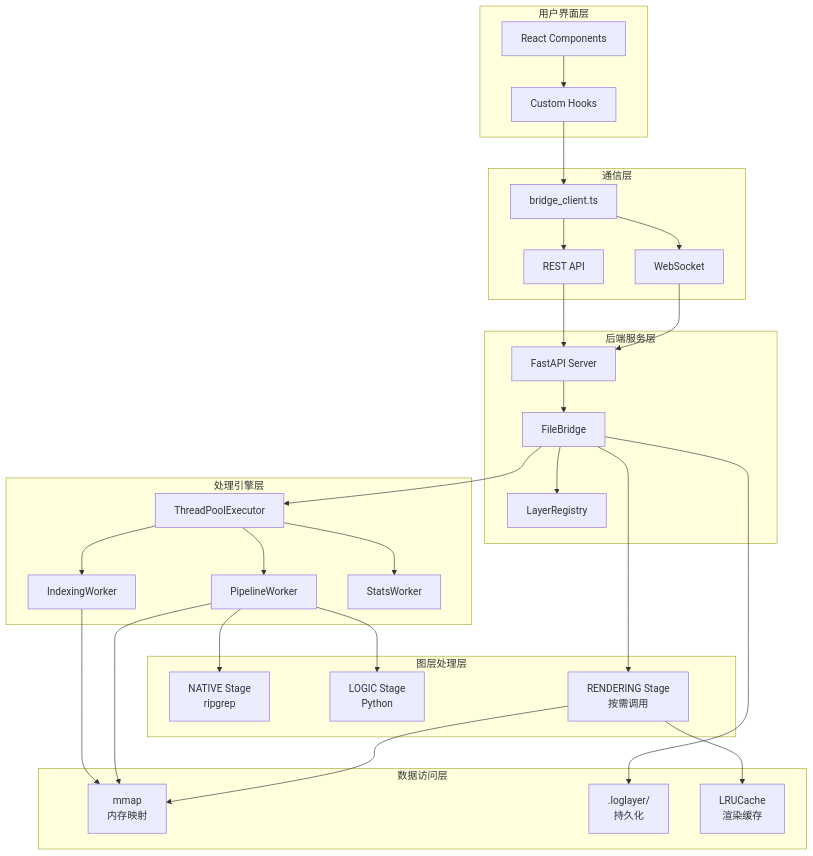
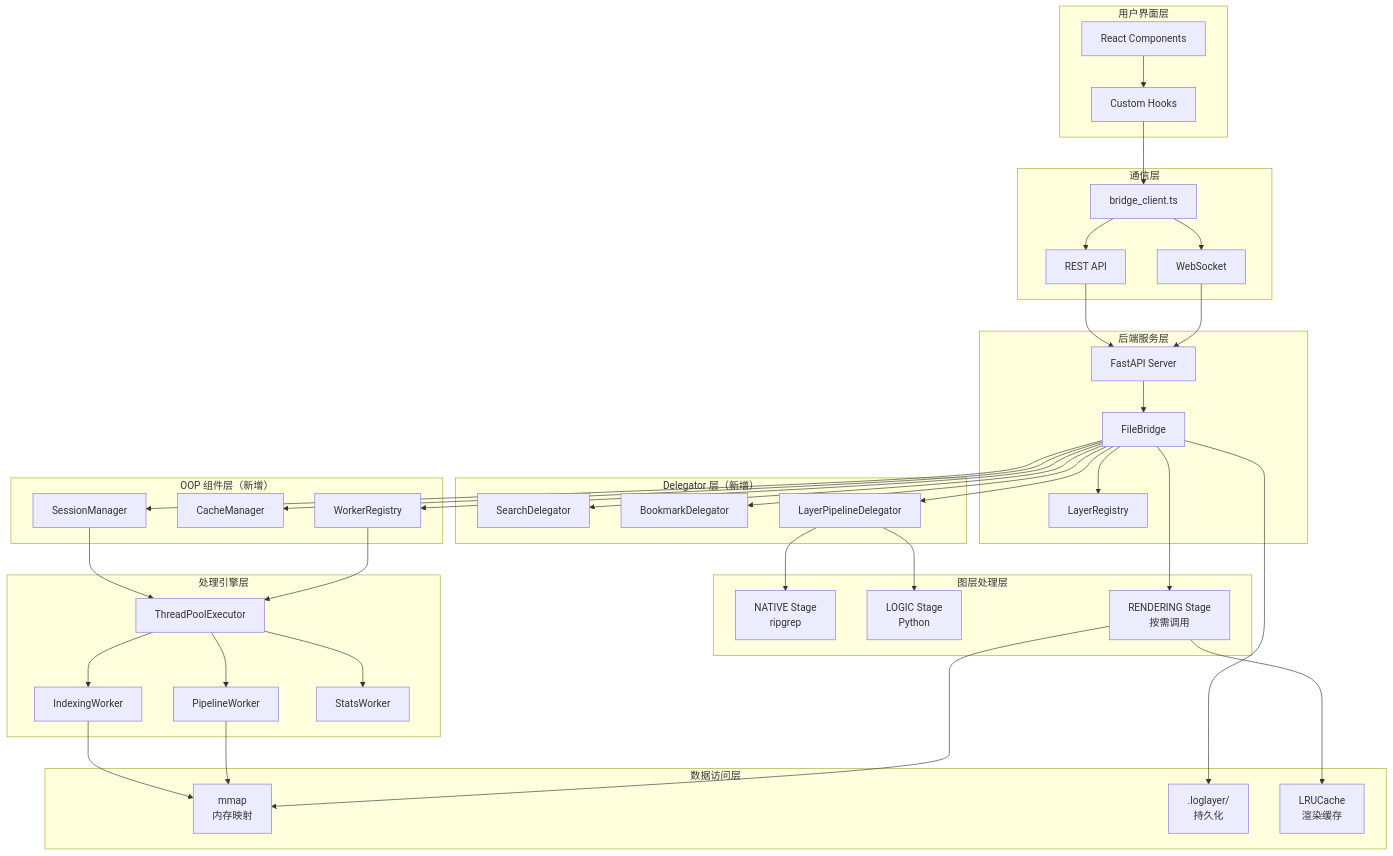
One commit to qmjianda/loglayer changed diagram 25 of 25 in megatron_mermaid.md. Above: the diagram before and after it, drawn with Mermaid. The commit also changed other lines of this file, not shown here.

First line of the commit message:
docs: update architecture diagram for OOP refactoring

```diff
--- a/megatron_mermaid.md
+++ b/megatron_mermaid.md
@@ -1212,6 +1309,18 @@
         FASTAPI[FastAPI Server]
         FILEBRIDGE[FileBridge]
         REGISTRY[LayerRegistry]
+    end
+    
+    subgraph "OOP 组件层（新增）"
+        SESSION_MGR[SessionManager]
+        CACHE_MGR[CacheManager]
+        WORKER_REG[WorkerRegistry]
+    end
+    
+    subgraph "Delegator 层（新增）"
+        SEARCH_DEL[SearchDelegator]
+        BOOKMARK_DEL[BookmarkDelegator]
+        PIPELINE_DEL[LayerPipelineDelegator]
     end
     
     subgraph "处理引擎层"
@@ -1242,14 +1351,22 @@
     WS --> FASTAPI
     FASTAPI --> FILEBRIDGE
     FILEBRIDGE --> REGISTRY
-    FILEBRIDGE --> WORKERS
+    FILEBRIDGE --> SESSION_MGR
+    FILEBRIDGE --> CACHE_MGR
+    FILEBRIDGE --> WORKER_REG
+    FILEBRIDGE --> SEARCH_DEL
+    FILEBRIDGE --> BOOKMARK_DEL
+    FILEBRIDGE --> PIPELINE_DEL
+    
+    SESSION_MGR --> WORKERS
+    WORKER_REG --> WORKERS
     
     WORKERS --> INDEXING
     WORKERS --> PIPELINE
     WORKERS --> STATS
     
-    PIPELINE --> NATIVE
-    PIPELINE --> LOGIC
+    PIPELINE_DEL --> NATIVE
+    PIPELINE_DEL --> LOGIC
     FILEBRIDGE --> RENDERING
     
     INDEXING --> MMAP
```
